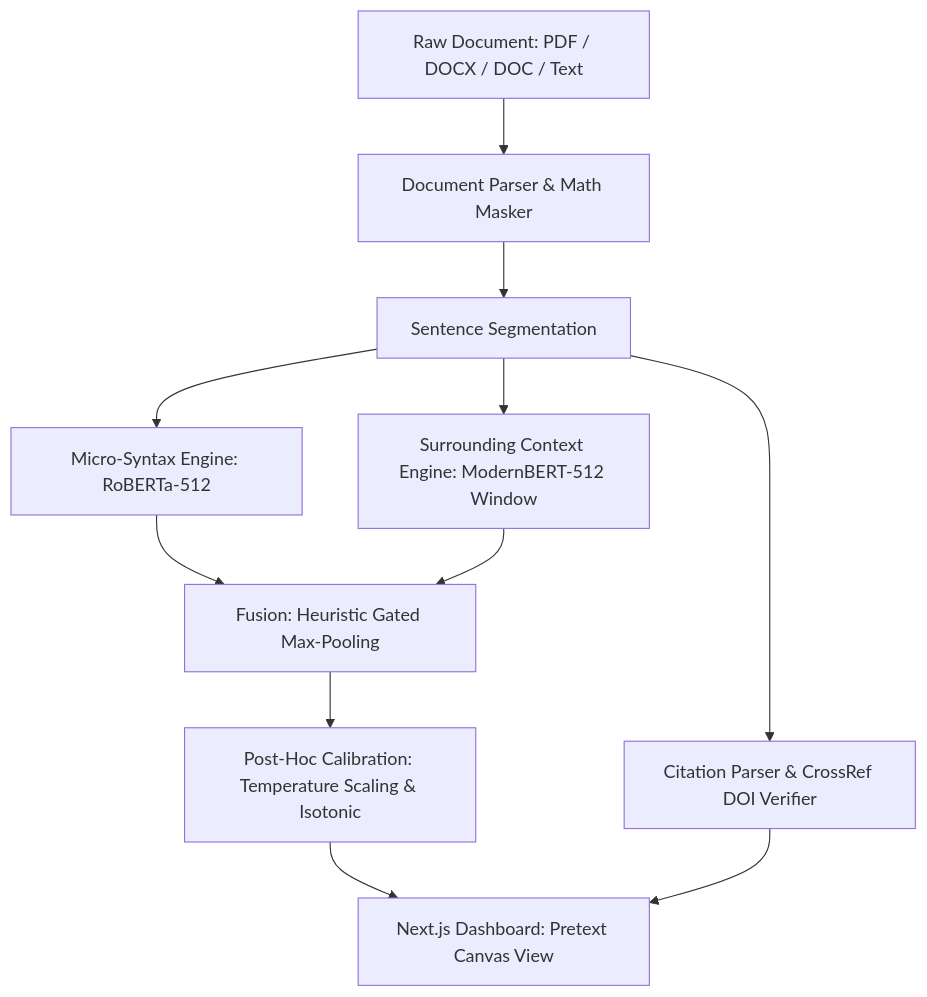
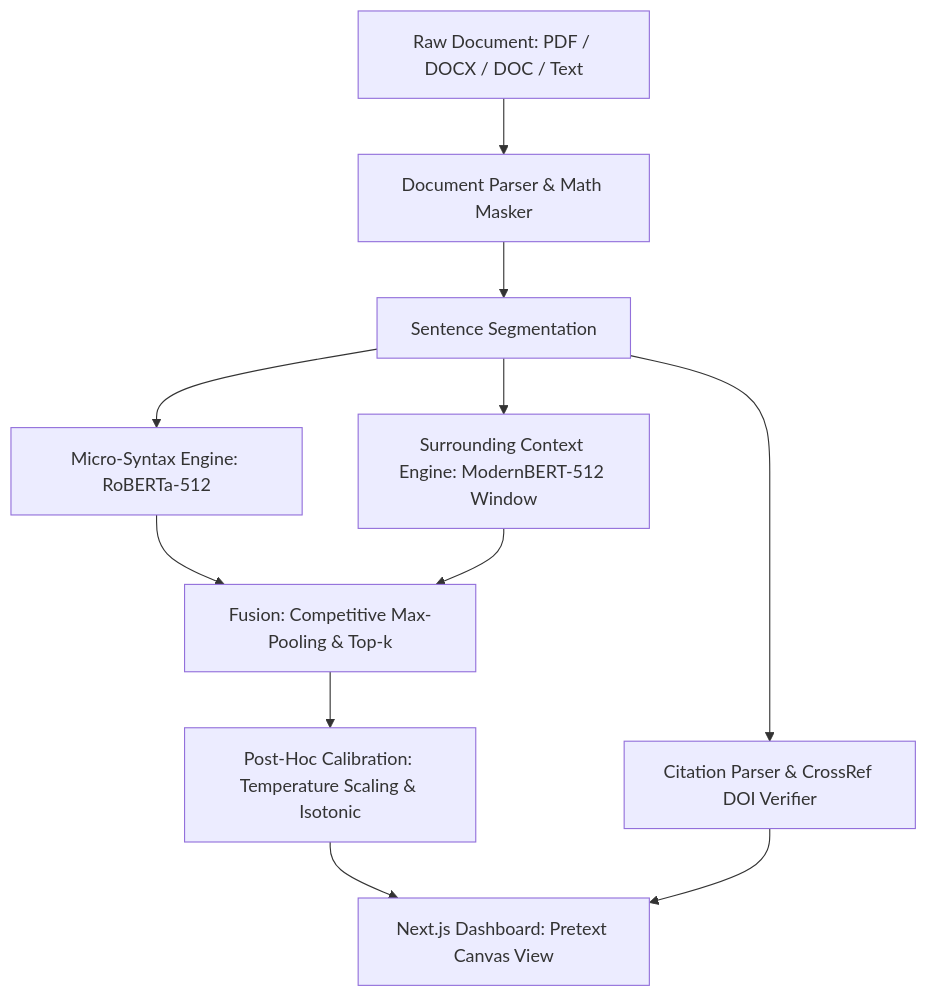
Before and after one commit to GuruGouthamKanchi/AI-text-checker: the diagram in README.md, drawn with Mermaid. The commit also changed other lines of this file and 8 other files, not shown here.

Commit message:
docs: drop gating claims in favor of empirical competitive pooling based on test benchmark

````diff
--- a/README.md
+++ b/README.md
@@ -16,13 +16,13 @@
 ```mermaid
 graph TD
     A[Raw Document: PDF / DOCX / DOC / Text] --> B[Document Parser & Math Masker]
     B --> C[Sentence Segmentation]
     C --> D1[Micro-Syntax Engine: RoBERTa-512]
     C --> D2[Surrounding Context Engine: ModernBERT-512 Window]
-    D1 --> E[Fusion: Heuristic Gated Max-Pooling]
+    D1 --> E[Fusion: Competitive Max-Pooling & Top-k]
     D2 --> E
     E --> F[Post-Hoc Calibration: Temperature Scaling & Isotonic]
     F --> G[Next.js Dashboard: Pretext Canvas View]
     C --> H[Citation Parser & CrossRef DOI Verifier]
     H --> G
 ```
````
